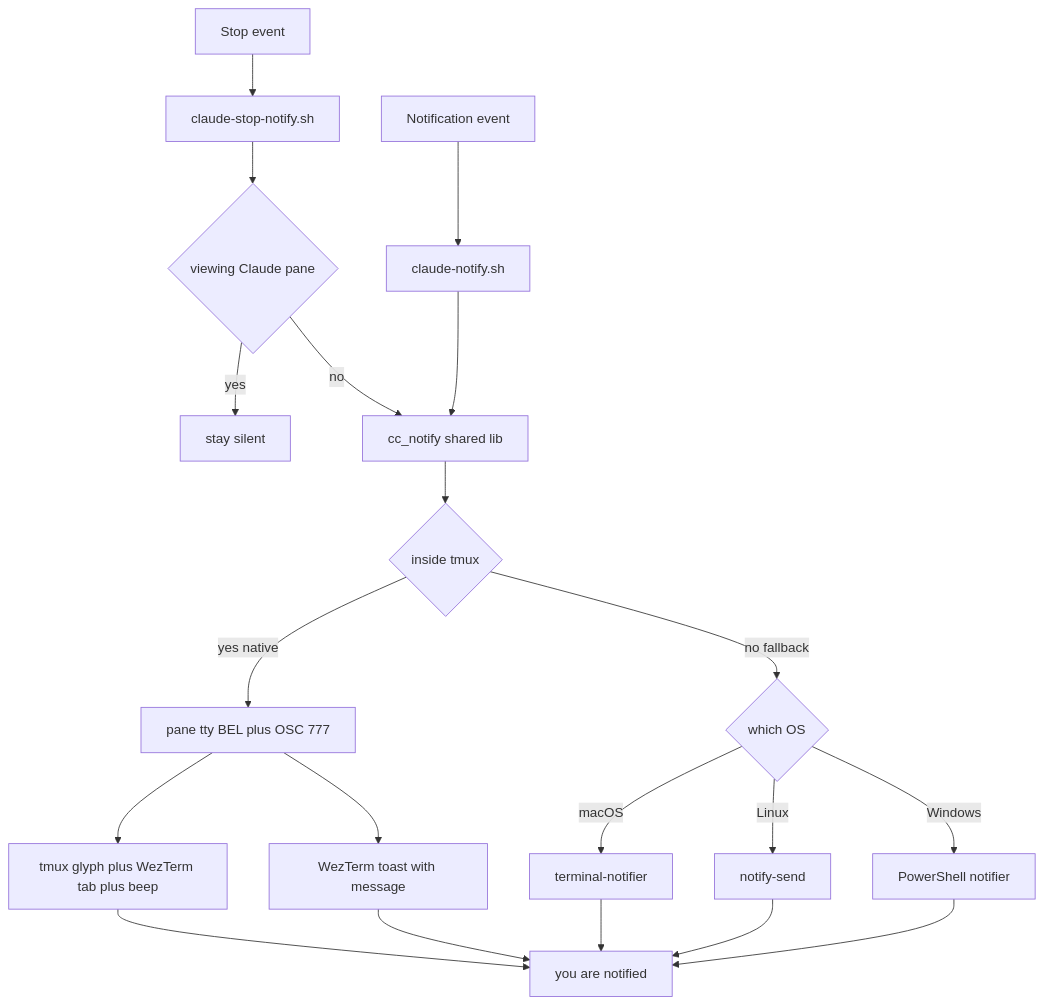
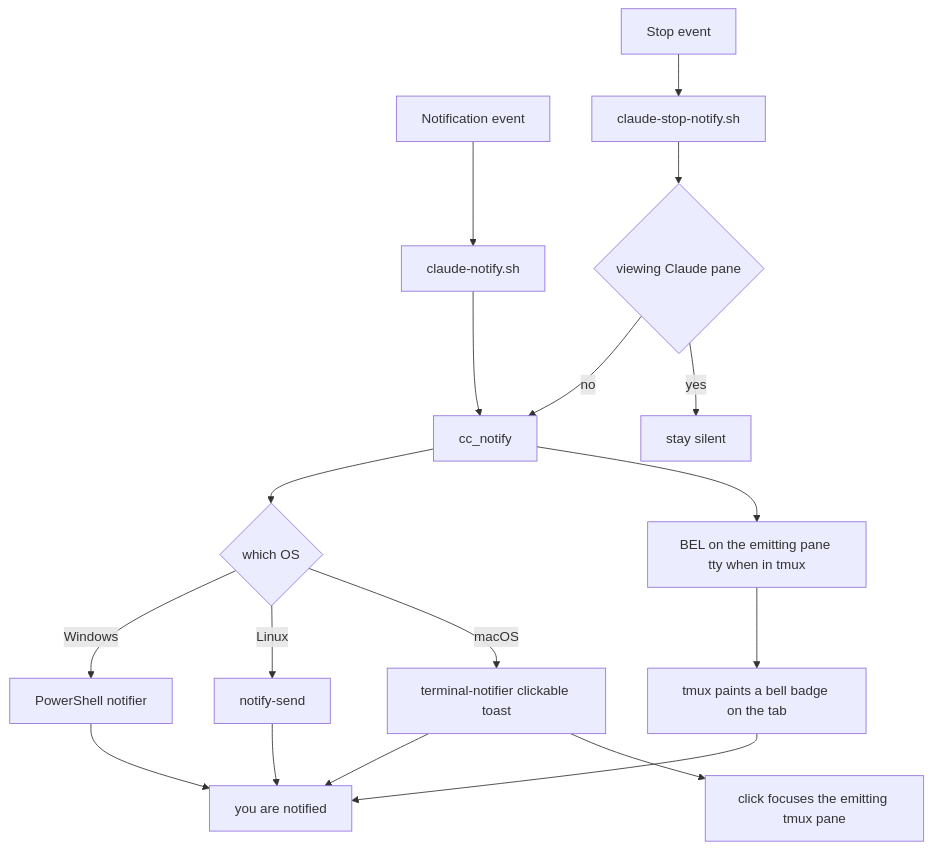
One commit to trungnhm1998/dotfiles changed the diagram in docs/superpowers/specs/2026-06-23-claude-tmux-wezterm-notifications-design.md. Above: the diagram before and after it, drawn with Mermaid. The commit also changed other lines of this file and 3 other files, not shown here.

First line of the commit message:
fix(notify): visible tmux bell badge + clickable terminal-notifier toast

````diff
--- a/docs/superpowers/specs/2026-06-23-claude-tmux-wezterm-notifications-design.md
+++ b/docs/superpowers/specs/2026-06-23-claude-tmux-wezterm-notifications-design.md
@@ -42,22 +74,20 @@
 ```mermaid
 flowchart TD
     N[Notification event] --> NH[claude-notify.sh]
     S[Stop event] --> SH[claude-stop-notify.sh]
     SH --> FG{viewing Claude pane}
     FG -->|yes| X[stay silent]
-    FG -->|no| LIB[cc_notify shared lib]
+    FG -->|no| LIB[cc_notify]
     NH --> LIB
-    LIB --> C{inside tmux}
-    C -->|yes native| D[pane tty BEL plus OSC 777]
-    D --> G[tmux glyph plus WezTerm tab plus beep]
-    D --> J[WezTerm toast with message]
-    C -->|no fallback| K{which OS}
-    K -->|macOS| L[terminal-notifier]
-    K -->|Linux| M[notify-send]
-    K -->|Windows| P[PowerShell notifier]
-    G --> Z[you are notified]
-    J --> Z
-    L --> Z
-    M --> Z
-    P --> Z
+    LIB --> CUE[BEL on the emitting pane tty when in tmux]
+    CUE --> GLYPH[tmux paints a bell badge on the tab]
+    LIB --> OS{which OS}
+    OS -->|macOS| TN[terminal-notifier clickable toast]
+    OS -->|Linux| NS[notify-send]
+    OS -->|Windows| PS[PowerShell notifier]
+    TN --> FOCUS[click focuses the emitting tmux pane]
+    GLYPH --> Z[you are notified]
+    TN --> Z
+    NS --> Z
+    PS --> Z
 ```
````
